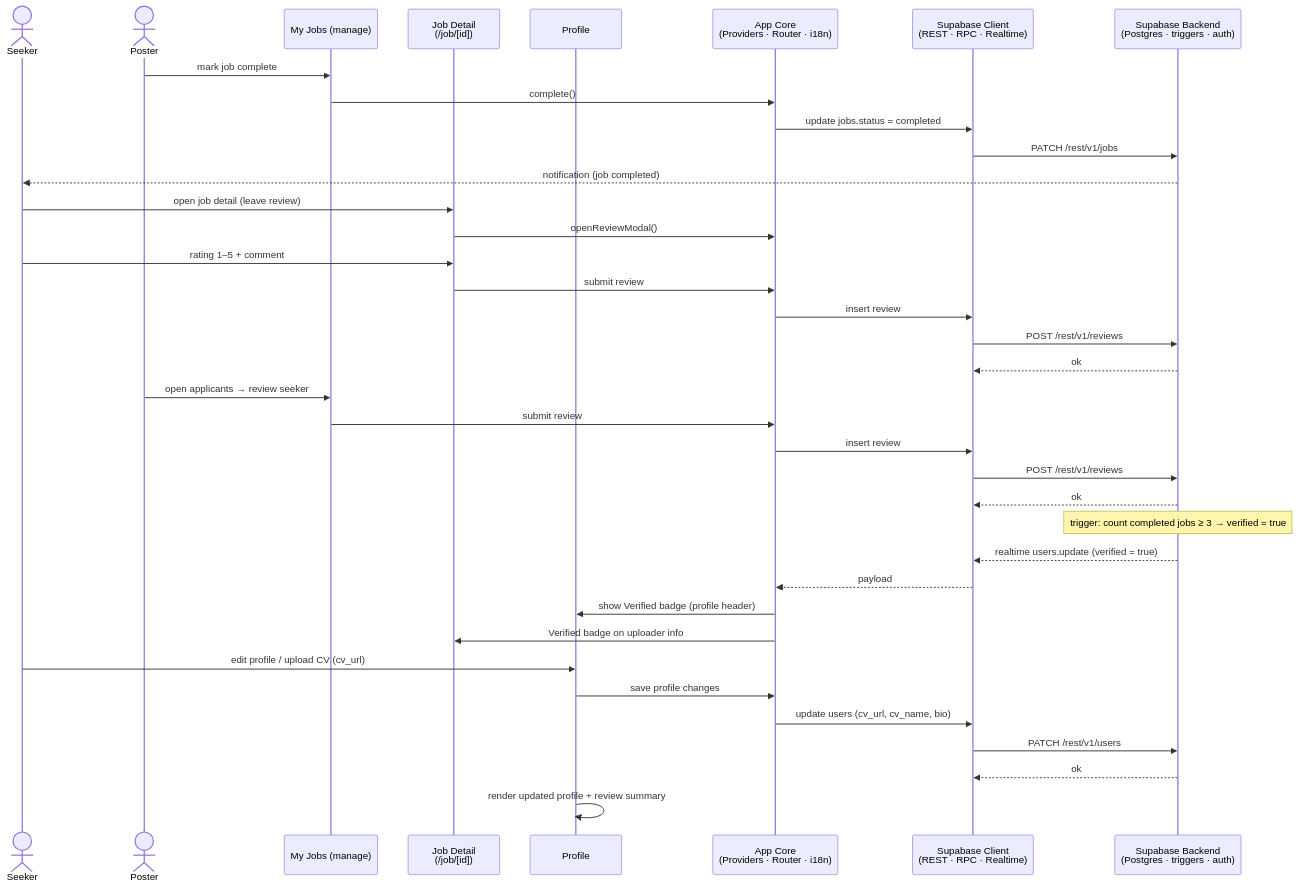
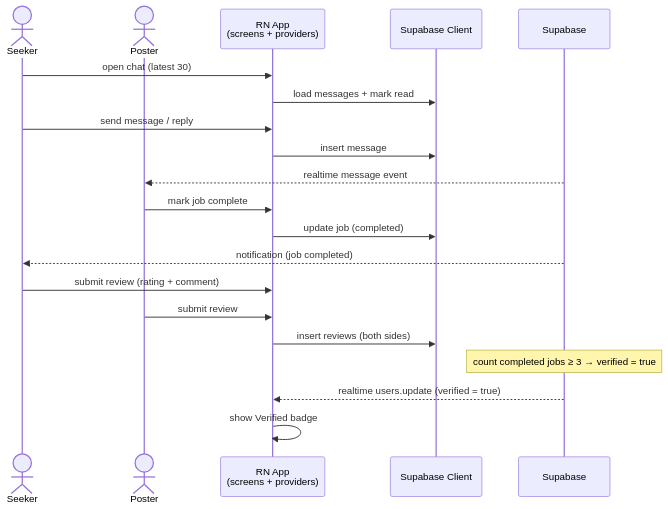
Before and after one commit to phyothant-dev/loc-jobs: the sixth of 7 diagrams in DIAGRAMS.md, drawn with Mermaid. The commit also changed other lines of this file and 1 other file, not shown here.

Commit message:
docs: shrink diagrams to medium size across class, sequence and use-case diagrams

````diff
--- a/DIAGRAMS.md
+++ b/DIAGRAMS.md
@@ -620,40 +394,23 @@
 ```mermaid
 sequenceDiagram
     actor Seeker
     actor Poster
-    participant MJ as My Jobs (manage)
-    participant JD as Job Detail<br/>(/job/[id])
-    participant PR as Profile
-    participant APP as App Core<br/>(Providers · Router · i18n)
-    participant API as Supabase Client<br/>(REST · RPC · Realtime)
-    participant SB as Supabase Backend<br/>(Postgres · triggers · auth)
+    participant APP as RN App<br/>(screens + providers)
+    participant API as Supabase Client
+    participant SB as Supabase
 
-    Poster->>MJ: mark job complete
-    MJ->>APP: complete()
-    APP->>API: update jobs.status = completed
-    API->>SB: PATCH /rest/v1/jobs
+    Seeker->>APP: open chat (latest 30)
+    APP->>API: load messages + mark read
+    Seeker->>APP: send message / reply
+    APP->>API: insert message
+    SB-->>Poster: realtime message event
+    Poster->>APP: mark job complete
+    APP->>API: update job (completed)
     SB-->>Seeker: notification (job completed)
-    Seeker->>JD: open job detail (leave review)
-    JD->>APP: openReviewModal()
-    Seeker->>JD: rating 1–5 + comment
-    JD->>APP: submit review
-    APP->>API: insert review
-    API->>SB: POST /rest/v1/reviews
-    SB-->>API: ok
-    Poster->>MJ: open applicants → review seeker
-    MJ->>APP: submit review
-    APP->>API: insert review
-    API->>SB: POST /rest/v1/reviews
-    SB-->>API: ok
-    Note over SB: trigger: count completed jobs ≥ 3 → verified = true
-    SB-->>API: realtime users.update (verified = true)
-    API-->>APP: payload
-    APP->>PR: show Verified badge (profile header)
-    APP->>JD: Verified badge on uploader info
-    Seeker->>PR: edit profile / upload CV (cv_url)
-    PR->>APP: save profile changes
-    APP->>API: update users (cv_url, cv_name, bio)
-    API->>SB: PATCH /rest/v1/users
-    SB-->>API: ok
-    PR->>PR: render updated profile + review summary
+    Seeker->>APP: submit review (rating + comment)
+    Poster->>APP: submit review
+    APP->>API: insert reviews (both sides)
+    Note over SB: count completed jobs ≥ 3 → verified = true
+    SB-->>APP: realtime users.update (verified = true)
+    APP->>APP: show Verified badge
 ```
````
